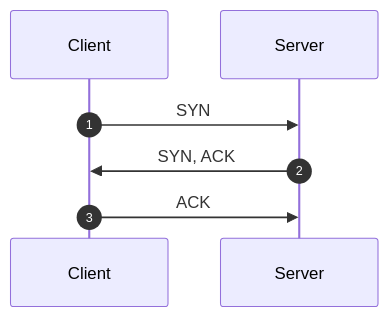
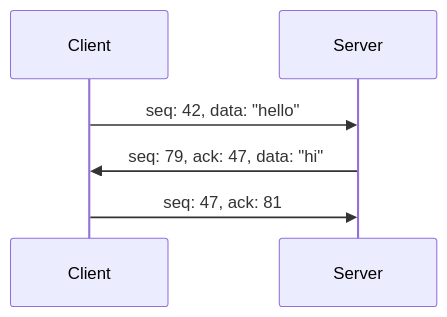
One commit to wdyjwdy/blog changed the third of 11 diagrams in docs/network/tcp.md. Above: the diagram before and after it, drawn with Mermaid. The commit also changed other lines of this file and 6 other files, not shown here.

````diff
--- a/docs/network/tcp.md
+++ b/docs/network/tcp.md
@@ -35,7 +97,9 @@
 ```mermaid
-%%{init: { "showSequenceNumbers": "true" } }%%
 sequenceDiagram
-  Client ->> Server: SYN
-  Server ->> Client: SYN, ACK
-  Client ->> Server: ACK
+  participant C as Client
+  participant S as Server
+
+  C ->> S: seq: 42, data: "hello"
+  S ->> C: seq: 79, ack: 47, data: "hi"
+  C ->> S: seq: 47, ack: 81
 ```
````
